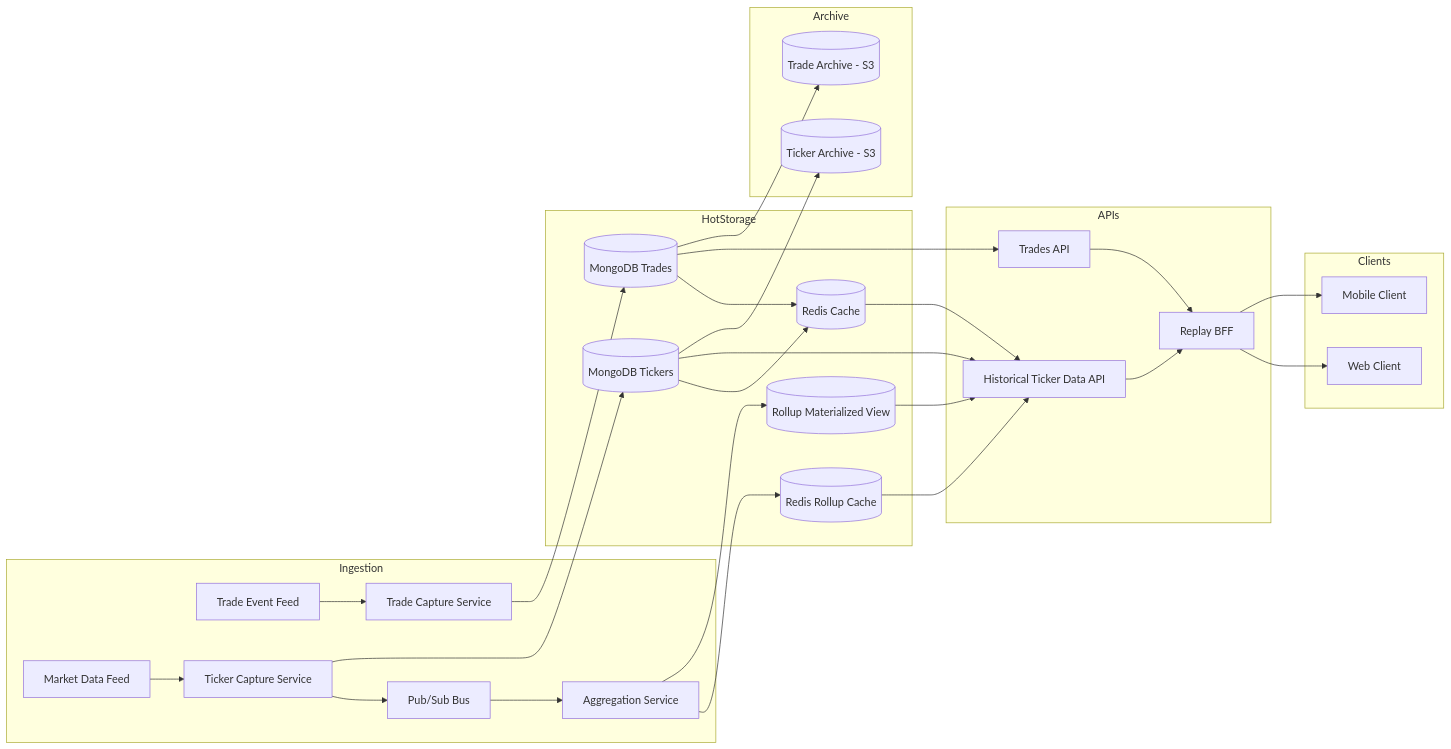
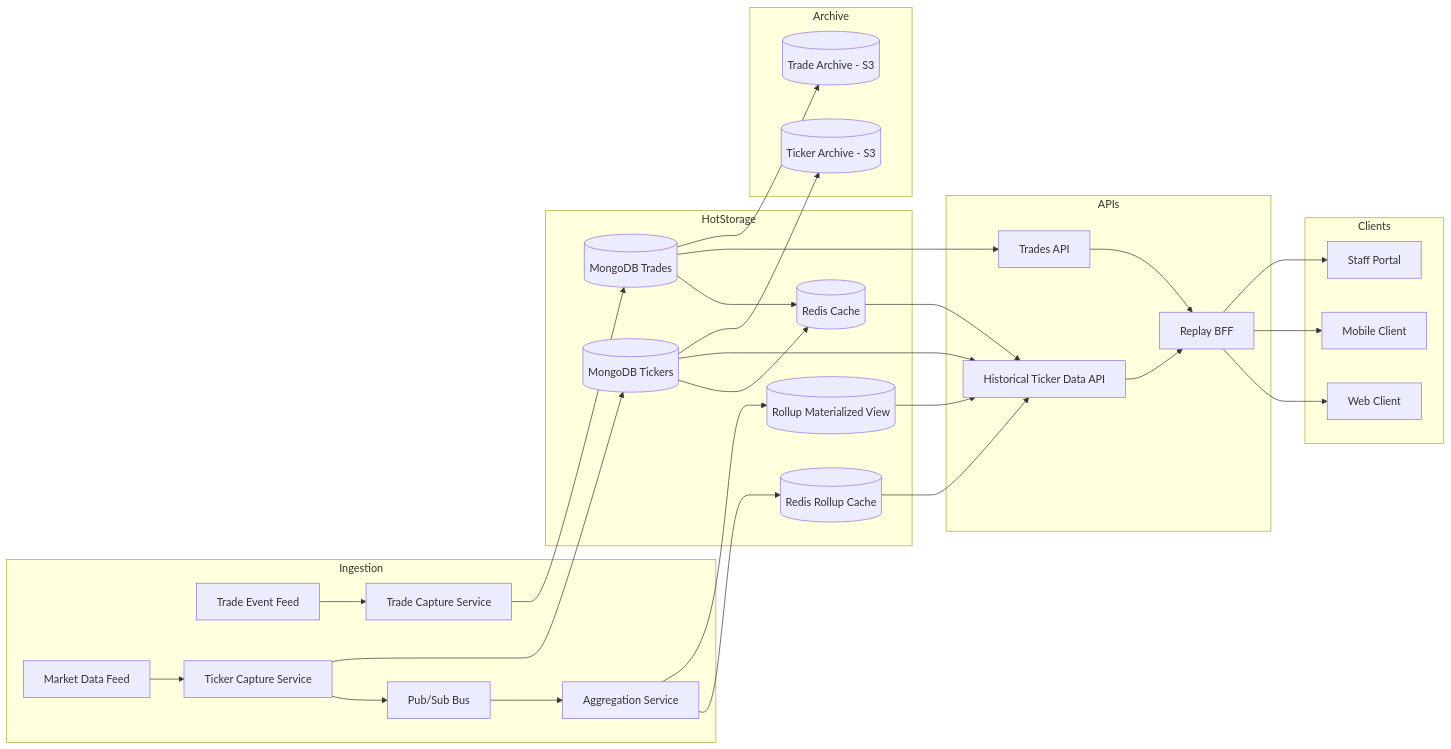
Before and after one commit to tonyraoul/station-alpha: the second of 2 diagrams in question-2/design-doc.md, drawn with Mermaid. The commit also changed other lines of this file and 1 other file, not shown here.

````diff
--- a/question-2/design-doc.md
+++ b/question-2/design-doc.md
@@ -187,56 +204,58 @@
 ```mermaid
 flowchart LR
    subgraph Ingestion
       MD[Market Data Feed]
       TE[Trade Event Feed]
       TCS[Ticker Capture Service]
       TRCS[Trade Capture Service]
       BUS[Pub/Sub Bus]
       AGG2[Aggregation Service]
       MD --> TCS
       TE --> TRCS
       TCS --> BUS
       BUS --> AGG2
    end
 
    subgraph HotStorage
       REDIS[(Redis Cache)]
       REDIS_ROLL[(Redis Rollup Cache)]
       ROLLUP_VIEW[(Rollup Materialized View)]
       MONGO_T[(MongoDB Tickers)]
       MONGO_TR[(MongoDB Trades)]
       TCS --> MONGO_T
       TRCS --> MONGO_TR
       MONGO_T --> REDIS
       MONGO_TR --> REDIS
       AGG2 --> REDIS_ROLL
       AGG2 --> ROLLUP_VIEW
    end
 
    subgraph APIs
       HTAPI[Historical Ticker Data API]
       TRAPI[Trades API]
       BFF2[Replay BFF]
       MONGO_T --> HTAPI
       MONGO_TR --> TRAPI
       REDIS --> HTAPI
       REDIS_ROLL --> HTAPI
       ROLLUP_VIEW --> HTAPI
       HTAPI --> BFF2
       TRAPI --> BFF2
    end
 
    subgraph Clients
       WEB[Web Client]
       MOBILE[Mobile Client]
+      STAFF[Staff Portal]
       BFF2 --> WEB
       BFF2 --> MOBILE
+      BFF2 --> STAFF
    end
 
    subgraph Archive
       S3T[(Ticker Archive - S3)]
       S3TR[(Trade Archive - S3)]
       MONGO_T --> S3T
       MONGO_TR --> S3TR
    end
 ```
````
